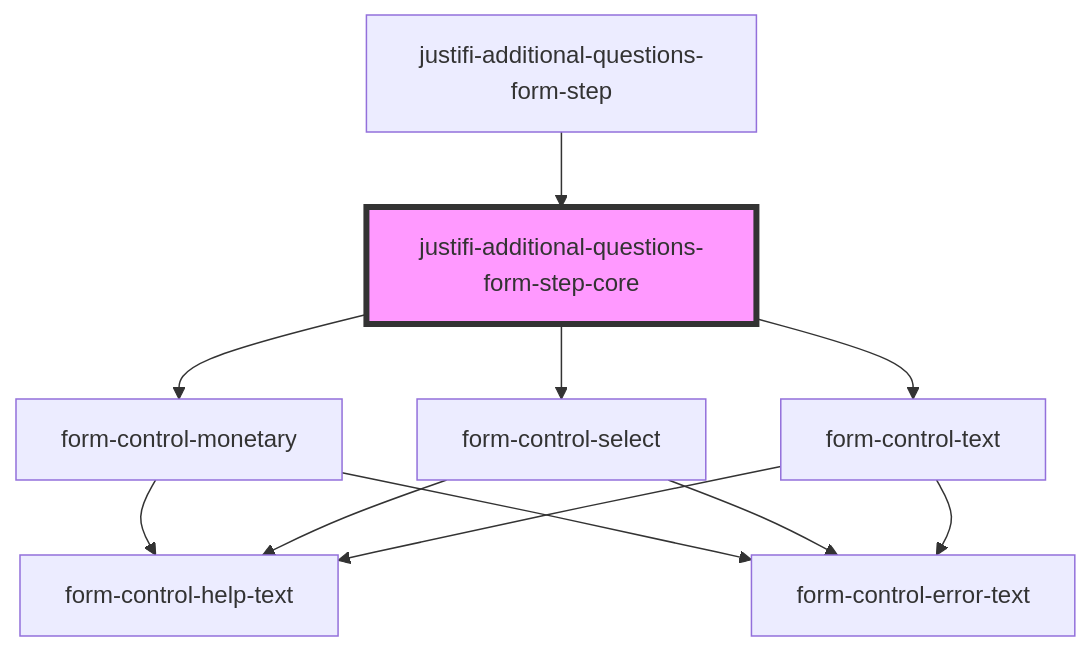
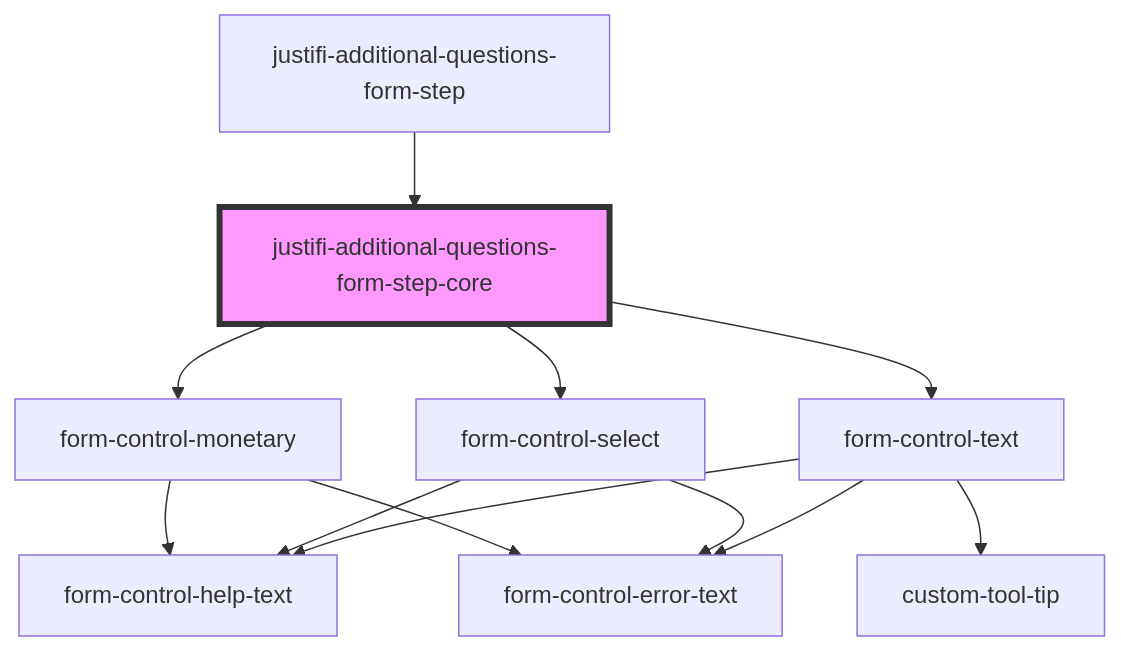
The diagram in packages/webcomponents/src/components/business-forms/payment-provisioning/additional-questions/readme.md (justifi-tech/web-component-library), drawn with Mermaid before and after one commit. The commit also changed 25 other files, not shown here.

````diff
--- a/packages/webcomponents/src/components/business-forms/payment-provisioning/additional-questions/readme.md
+++ b/packages/webcomponents/src/components/business-forms/payment-provisioning/additional-questions/readme.md
@@ -58,14 +58,15 @@
 ```mermaid
 graph TD;
   justifi-additional-questions-form-step-core --> form-control-monetary
   justifi-additional-questions-form-step-core --> form-control-select
   justifi-additional-questions-form-step-core --> form-control-text
   form-control-monetary --> form-control-help-text
   form-control-monetary --> form-control-error-text
   form-control-select --> form-control-help-text
   form-control-select --> form-control-error-text
+  form-control-text --> custom-tool-tip
   form-control-text --> form-control-help-text
   form-control-text --> form-control-error-text
   justifi-additional-questions-form-step --> justifi-additional-questions-form-step-core
   style justifi-additional-questions-form-step-core fill:#f9f,stroke:#333,stroke-width:4px
 ```
````
